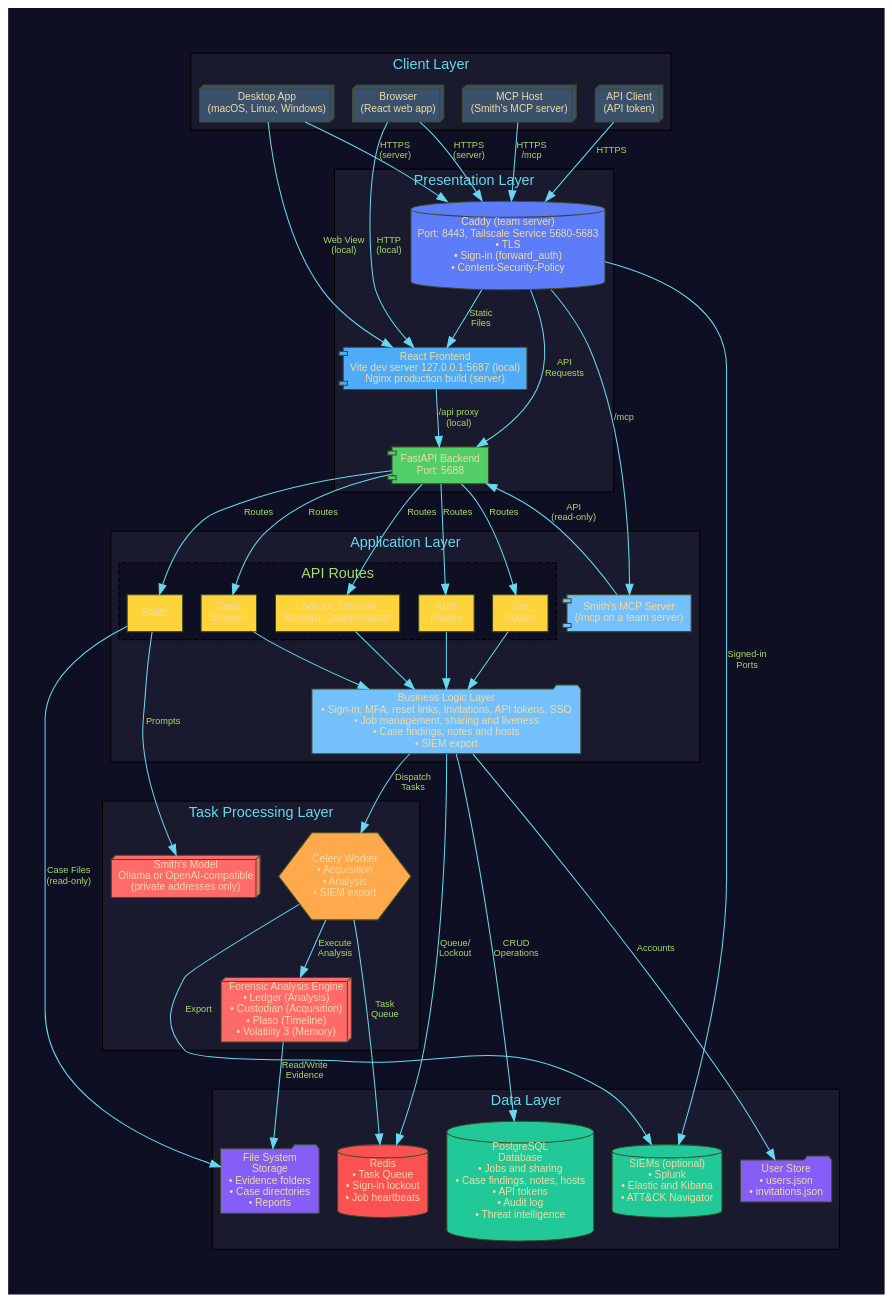
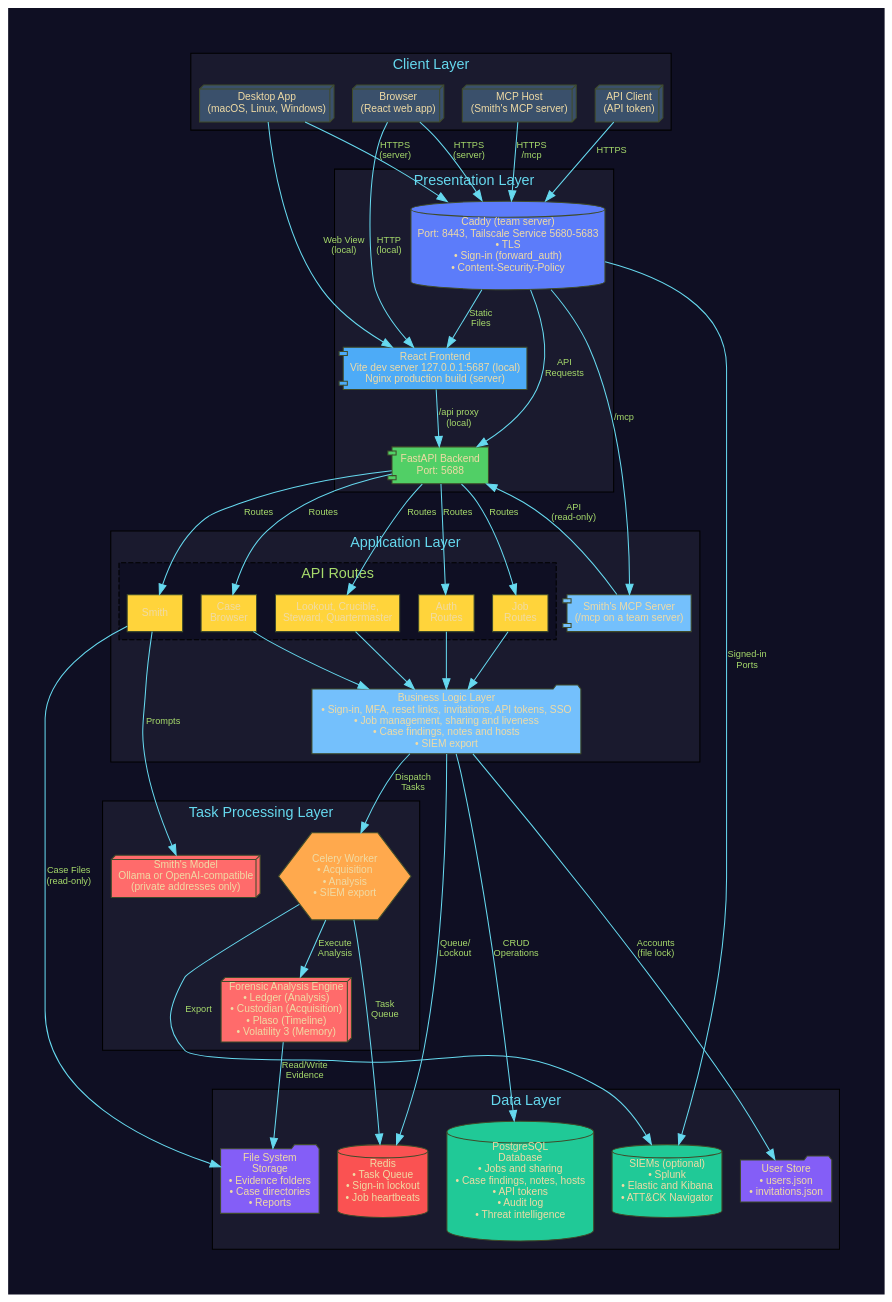
One commit to cmdaltr/rowanholt changed the diagram in docs/diagrams/system_architecture.dot. Above: the diagram before and after it, drawn with Graphviz. The commit also changed 60 other files, not shown here.

```diff
--- a/docs/diagrams/system_architecture.dot
+++ b/docs/diagrams/system_architecture.dot
@@ -1,128 +1,128 @@
 digraph SystemArchitecture {
     rankdir=TB;
 
     // Graph styling
     graph [fontname="Arial", fontsize=12, bgcolor="#0f0f23", pad=0.5];
     node [fontname="Arial", fontsize=10, style=filled, shape=box, fillcolor="#2d2d44", fontcolor="#f0dba5", color="#3f4b2a"];
     edge [fontname="Arial", fontsize=9, color="#66d9ef", fontcolor="#a7db6c"];
 
     // Client Layer
     subgraph cluster_client {
         label="Client Layer";
         style=filled;
         fillcolor="#1a1a2e";
         fontcolor="#66d9ef";
         fontsize=14;
 
         browser [label="Browser\n(React web app)", shape=box3d, fillcolor="#3a506b"];
         desktop [label="Desktop App\n(macOS, Linux, Windows)", shape=box3d, fillcolor="#3a506b"];
         api_client [label="API Client\n(API token)", shape=box3d, fillcolor="#3a506b"];
         mcp_host [label="MCP Host\n(Smith's MCP server)", shape=box3d, fillcolor="#3a506b"];
     }
 
     // Presentation Layer
     subgraph cluster_presentation {
         label="Presentation Layer";
         style=filled;
         fillcolor="#1a1a2e";
         fontcolor="#66d9ef";
         fontsize=14;
 
         caddy [label="Caddy (team server)\nPort: 8443, Tailscale Service 5680-5683\n• TLS\n• Sign-in (forward_auth)\n• Content-Security-Policy", shape=cylinder, fillcolor="#5c7cfa"];
         frontend [label="React Frontend\nVite dev server 127.0.0.1:5687 (local)\nNginx production build (server)", shape=component, fillcolor="#4dabf7"];
         backend [label="FastAPI Backend\nPort: 5688", shape=component, fillcolor="#51cf66"];
     }
 
     // Application Layer
     subgraph cluster_application {
         label="Application Layer";
         style=filled;
         fillcolor="#1a1a2e";
         fontcolor="#66d9ef";
         fontsize=14;
 
         subgraph cluster_routes {
             label="API Routes";
             style=dashed;
             fontcolor="#a7db6c";
 
             auth_routes [label="Auth\nRoutes", fillcolor="#ffd43b"];
             job_routes [label="Job\nRoutes", fillcolor="#ffd43b"];
             case_routes [label="Case\nBrowser", fillcolor="#ffd43b"];
             smith_routes [label="Smith", fillcolor="#ffd43b"];
             module_routes [label="Lookout, Crucible,\nSteward, Quartermaster", fillcolor="#ffd43b"];
         }
 
         business_logic [label="Business Logic Layer\n• Sign-in, MFA, reset links, invitations, API tokens, SSO\n• Job management, sharing and liveness\n• Case findings, notes and hosts\n• SIEM export", shape=folder, fillcolor="#74c0fc"];
         smith_mcp [label="Smith's MCP Server\n(/mcp on a team server)", shape=component, fillcolor="#74c0fc"];
     }
 
     // Task Processing Layer
     subgraph cluster_processing {
         label="Task Processing Layer";
         style=filled;
         fillcolor="#1a1a2e";
         fontcolor="#66d9ef";
         fontsize=14;
 
         celery_workers [label="Celery Worker\n• Acquisition\n• Analysis\n• SIEM export", shape=hexagon, fillcolor="#ffa94d"];
         forensic_engine [label="Forensic Analysis Engine\n• Ledger (Analysis)\n• Custodian (Acquisition)\n• Plaso (Timeline)\n• Volatility 3 (Memory)", shape=box3d, fillcolor="#ff6b6b"];
         model [label="Smith's Model\nOllama or OpenAI-compatible\n(private addresses only)", shape=box3d, fillcolor="#ff6b6b"];
     }
 
     // Data Layer
     subgraph cluster_data {
         label="Data Layer";
         style=filled;
         fillcolor="#1a1a2e";
         fontcolor="#66d9ef";
         fontsize=14;
 
         postgresql [label="PostgreSQL\nDatabase\n• Jobs and sharing\n• Case findings, notes, hosts\n• API tokens\n• Audit log\n• Threat intelligence", shape=cylinder, fillcolor="#20c997"];
         redis [label="Redis\n• Task Queue\n• Sign-in lockout\n• Job heartbeats", shape=cylinder, fillcolor="#fa5252"];
         user_files [label="User Store\n• users.json\n• invitations.json", shape=folder, fillcolor="#845ef7"];
         filesystem [label="File System\nStorage\n• Evidence folders\n• Case directories\n• Reports", shape=folder, fillcolor="#845ef7"];
         siems [label="SIEMs (optional)\n• Splunk\n• Elastic and Kibana\n• ATT&CK Navigator", shape=cylinder, fillcolor="#20c997"];
     }
 
     // Connections - Client to Presentation
     browser -> caddy [label="HTTPS\n(server)"];
     browser -> frontend [label="HTTP\n(local)"];
     desktop -> frontend [label="Web View\n(local)"];
     desktop -> caddy [label="HTTPS\n(server)"];
     api_client -> caddy [label="HTTPS"];
     mcp_host -> caddy [label="HTTPS\n/mcp"];
 
     // Connections - Presentation Layer
     caddy -> frontend [label="Static\nFiles"];
     caddy -> backend [label="API\nRequests"];
     caddy -> smith_mcp [label="/mcp"];
     caddy -> siems [label="Signed-in\nPorts"];
     frontend -> backend [label="/api proxy\n(local)"];
     smith_mcp -> backend [label="API\n(read-only)"];
 
     // Connections - Application Layer
     backend -> auth_routes [label="Routes"];
     backend -> job_routes [label="Routes"];
     backend -> case_routes [label="Routes"];
     backend -> smith_routes [label="Routes"];
     backend -> module_routes [label="Routes"];
     auth_routes -> business_logic;
     job_routes -> business_logic;
     case_routes -> business_logic;
     module_routes -> business_logic;
     smith_routes -> model [label="Prompts"];
 
     // Connections - Processing Layer
     business_logic -> celery_workers [label="Dispatch\nTasks"];
     celery_workers -> forensic_engine [label="Execute\nAnalysis"];
     celery_workers -> siems [label="Export"];
 
     // Connections - Data Layer
     business_logic -> postgresql [label="CRUD\nOperations"];
     business_logic -> redis [label="Queue/\nLockout"];
-    business_logic -> user_files [label="Accounts"];
+    business_logic -> user_files [label="Accounts\n(file lock)"];
     forensic_engine -> filesystem [label="Read/Write\nEvidence"];
     celery_workers -> redis [label="Task\nQueue"];
     smith_routes -> filesystem [label="Case Files\n(read-only)"];
 }
```
